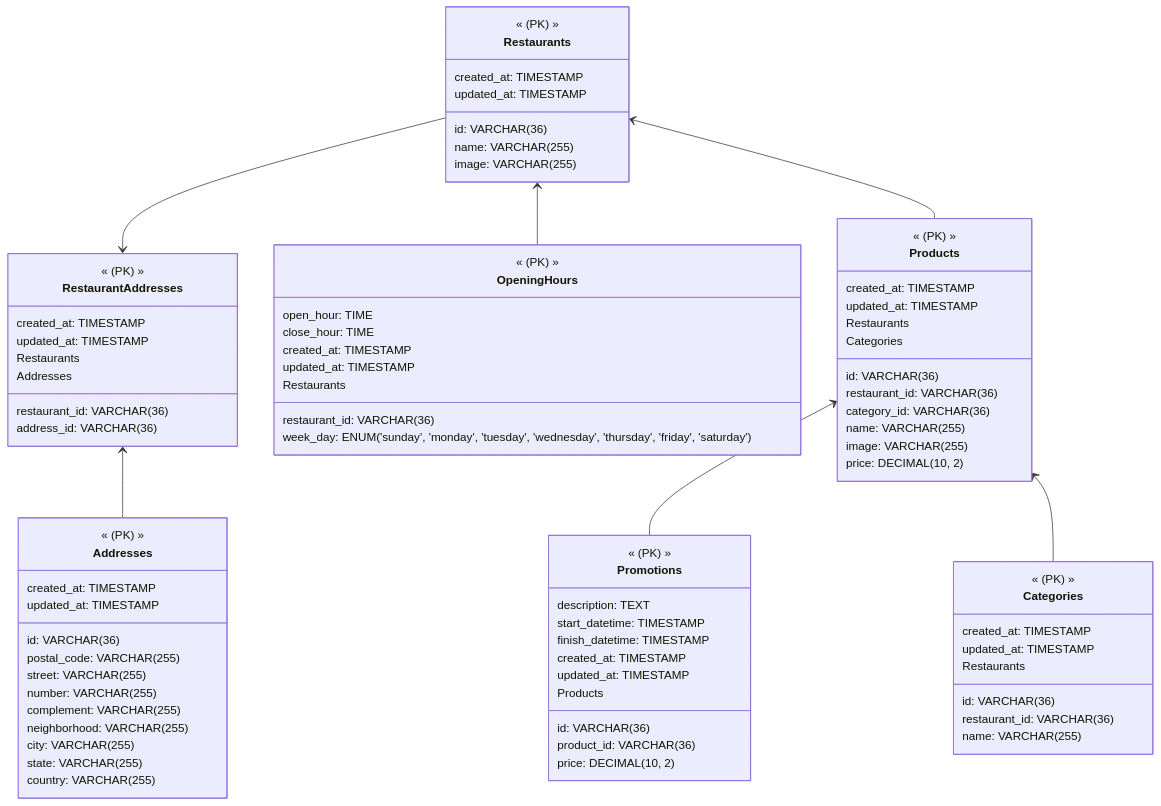
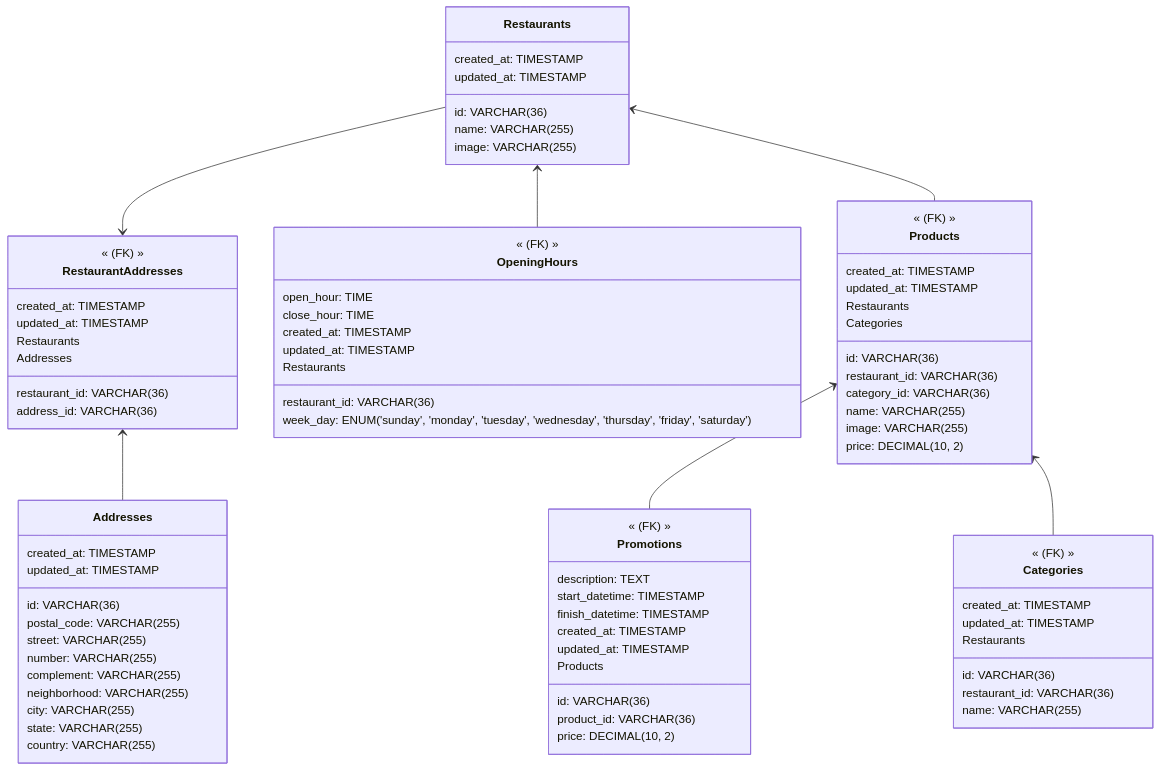
The diagram in README.md (mocraveirodev/rango-list), drawn with Mermaid before and after one commit.

````diff
--- a/README.md
+++ b/README.md
@@ -61,7 +61,6 @@
 ```mermaid
 classDiagram
     class Restaurants {
-        << (PK) >>
         id: VARCHAR(36)
         name: VARCHAR(255)
         image: VARCHAR(255)
@@ -69,7 +68,6 @@
         updated_at: TIMESTAMP
     }
     class Addresses {
-        << (PK) >>
         id: VARCHAR(36)
         postal_code: VARCHAR(255)
         street: VARCHAR(255)
@@ -83,7 +81,6 @@
         updated_at: TIMESTAMP
     }
     class RestaurantAddresses {
-        << (PK) >>
         restaurant_id: VARCHAR(36)
         address_id: VARCHAR(36)
         created_at: TIMESTAMP
@@ -93,7 +90,6 @@
         Addresses
     }
     class OpeningHours {
-        << (PK) >>
         restaurant_id: VARCHAR(36)
         week_day: ENUM('sunday', 'monday', 'tuesday', 'wednesday', 'thursday', 'friday', 'saturday')
         open_hour: TIME
@@ -104,7 +100,6 @@
         Restaurants
     }
     class Categories {
-        << (PK) >>
         id: VARCHAR(36)
         restaurant_id: VARCHAR(36)
         name: VARCHAR(255)
@@ -114,7 +109,6 @@
         Restaurants
     }
     class Products {
-        << (PK) >>
         id: VARCHAR(36)
         restaurant_id: VARCHAR(36)
         category_id: VARCHAR(36)
@@ -128,7 +122,6 @@
         Categories
     }
     class Promotions {
-        << (PK) >>
         id: VARCHAR(36)
         product_id: VARCHAR(36)
         description: TEXT
````
